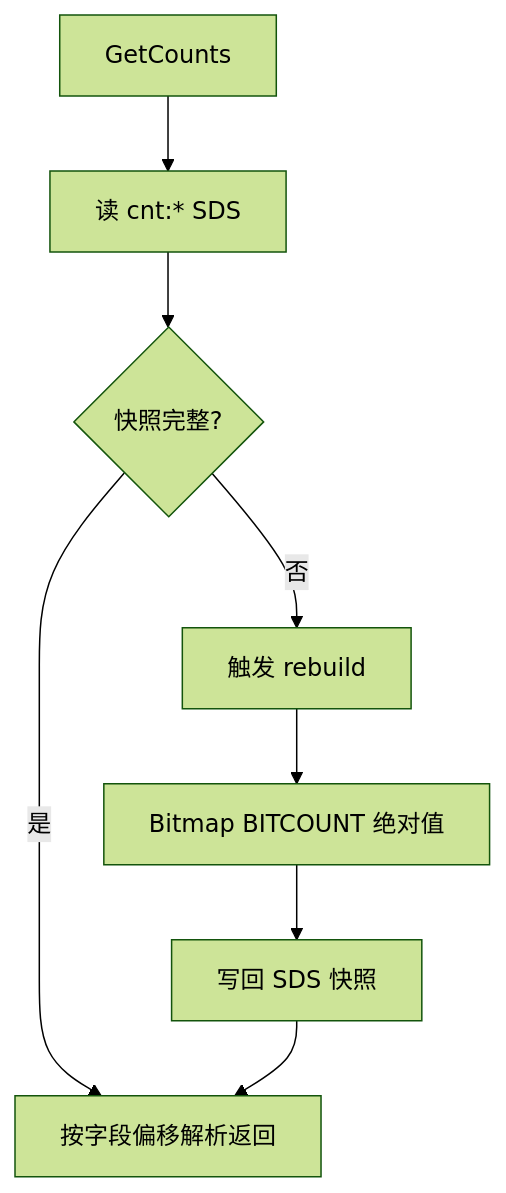
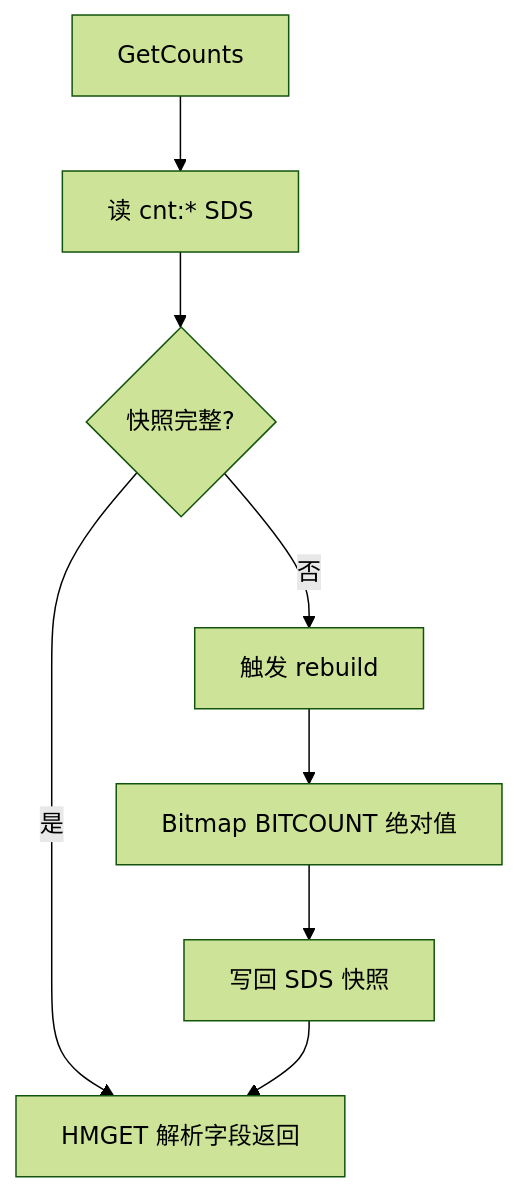
Before and after one commit to bitladykiller/zhiguang_go: the third of 15 diagrams in docs/modules/05-点赞收藏计数模块.md, drawn with Mermaid (forest theme). The commit also changed other lines of this file and 11 other files, not shown here.

Commit message:
docs: 架构文档增强与纵向流程图

````diff
--- a/docs/modules/05-点赞收藏计数模块.md
+++ b/docs/modules/05-点赞收藏计数模块.md
@@ -136,10 +142,10 @@
 ```mermaid
 flowchart TD
     A[GetCounts] --> B[读 cnt:* SDS]
     B --> C{快照完整?}
-    C -->|是| D[按字段偏移解析返回]
+    C -->|是| D[HMGET 解析字段返回]
     C -->|否| E[触发 rebuild]
     E --> F[Bitmap BITCOUNT 绝对值]
     F --> G[写回 SDS 快照]
     G --> D
 ```
````
